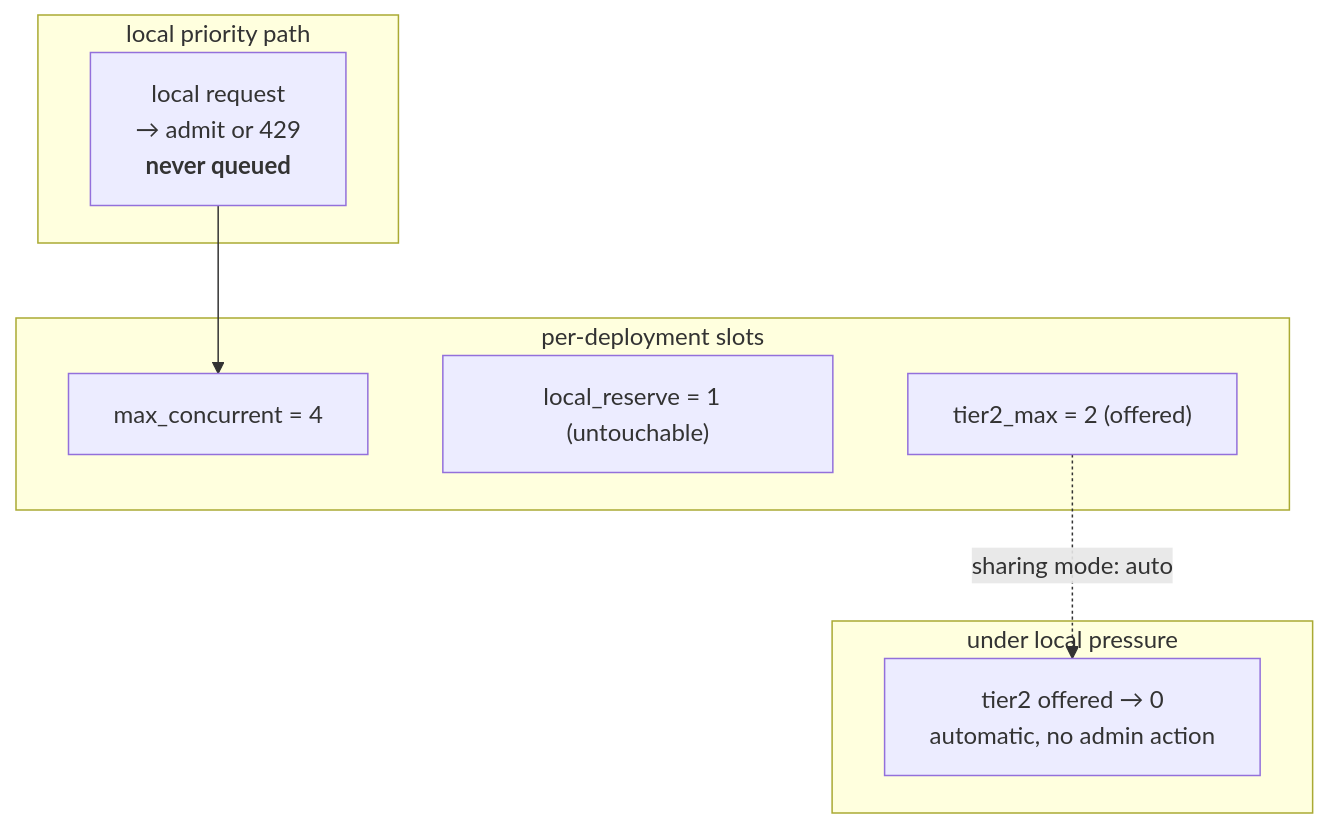
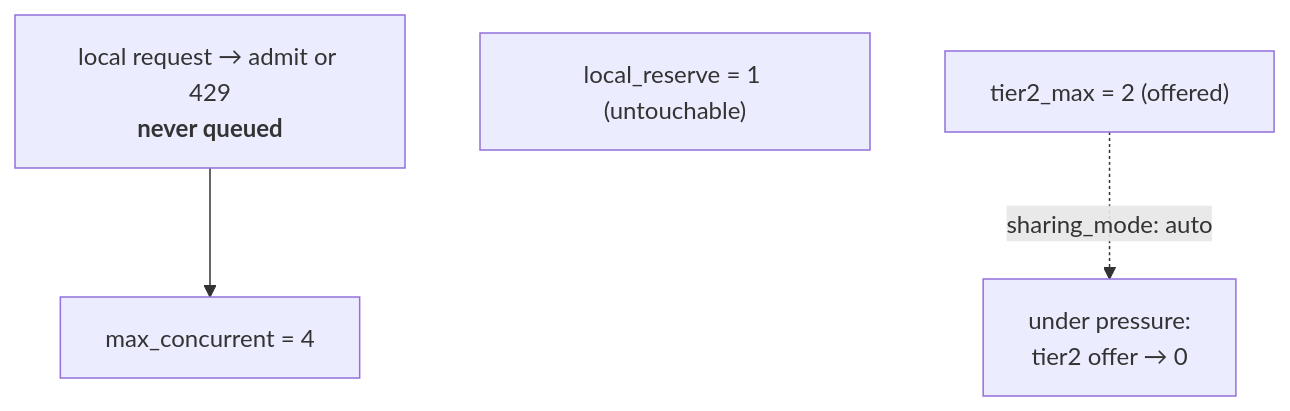
The third of 3 diagrams in README.md (maxk2222/loom), drawn with Mermaid before and after one commit. The commit also changed other lines of this file and 6 other files, not shown here.

````diff
--- a/README.md
+++ b/README.md
@@ -499,16 +306,10 @@
 ```mermaid
 flowchart TB
-    subgraph Local["local priority path"]
-        LQ["local request<br/>→ admit or 429<br/><b>never queued</b>"]
-    end
-    subgraph Slots["per-deployment slots"]
-        M["max_concurrent = 4"]
-        R["local_reserve = 1  (untouchable)"]
-        T["tier2_max = 2  (offered)"]
-    end
-    subgraph Pressure["under local pressure"]
-        P["tier2 offered → 0<br/>automatic, no admin action"]
-    end
+    LQ["local request → admit or 429<br/><b>never queued</b>"]
+    M["max_concurrent = 4"]
+    R["local_reserve = 1 (untouchable)"]
+    T["tier2_max = 2 (offered)"]
+    P["under pressure:<br/>tier2 offer → 0"]
     LQ --> M
-    T -.->|"sharing mode: auto"| P
+    T -.->|"sharing_mode: auto"| P
 ```
````
